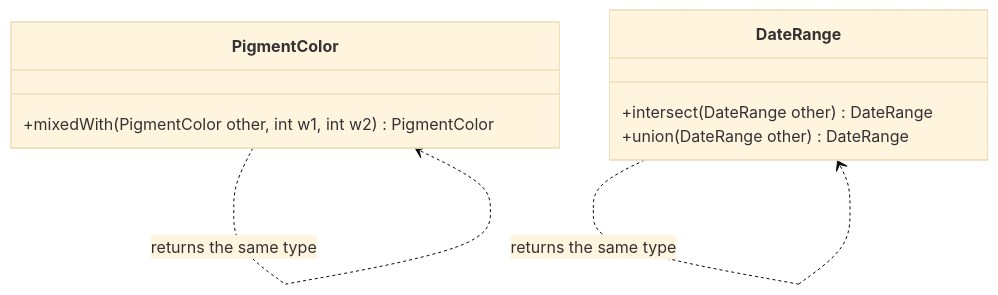
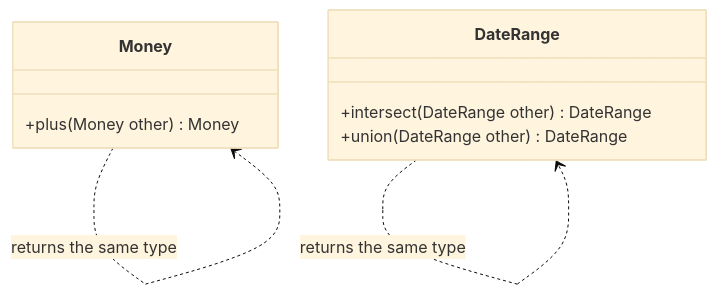
The diagram in i18n/en/docusaurus-plugin-content-docs/current/design/ddd/supple-design/closure-of-operations.md (alancesar/design-patterns), drawn with Mermaid (base theme) before and after one commit. The commit also changed other lines of this file and 67 other files, not shown here.

First line of the commit message:
Switch DDD examples and diagrams to fintech scenarios

````diff
--- a/i18n/en/docusaurus-plugin-content-docs/current/design/ddd/supple-design/closure-of-operations.md
+++ b/i18n/en/docusaurus-plugin-content-docs/current/design/ddd/supple-design/closure-of-operations.md
@@ -54,12 +54,12 @@
 ```mermaid
 classDiagram
-    class PigmentColor {
-        +mixedWith(PigmentColor other, int w1, int w2) PigmentColor
+    class Money {
+        +plus(Money other) Money
     }
     class DateRange {
         +intersect(DateRange other) DateRange
         +union(DateRange other) DateRange
     }
-    PigmentColor ..> PigmentColor : returns the same type
+    Money ..> Money : returns the same type
     DateRange ..> DateRange : returns the same type
 ```
````
